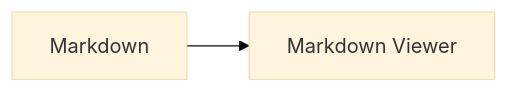
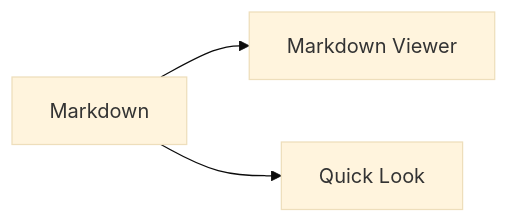
Before and after one commit to vt244/macos-md-lite-viewer: the diagram in README.md, drawn with Mermaid (base theme). The commit also changed other lines of this file and 8 other files, not shown here.

Commit message:
feat: Добавлено отображение блок-схем и диаграмм последовательности в Quick Look

````diff
--- a/README.md
+++ b/README.md
@@ -37,4 +37,5 @@
 ```mermaid
 flowchart LR
     A[Markdown] --> B[Markdown Viewer]
+    A --> C[Quick Look]
 ```
````
